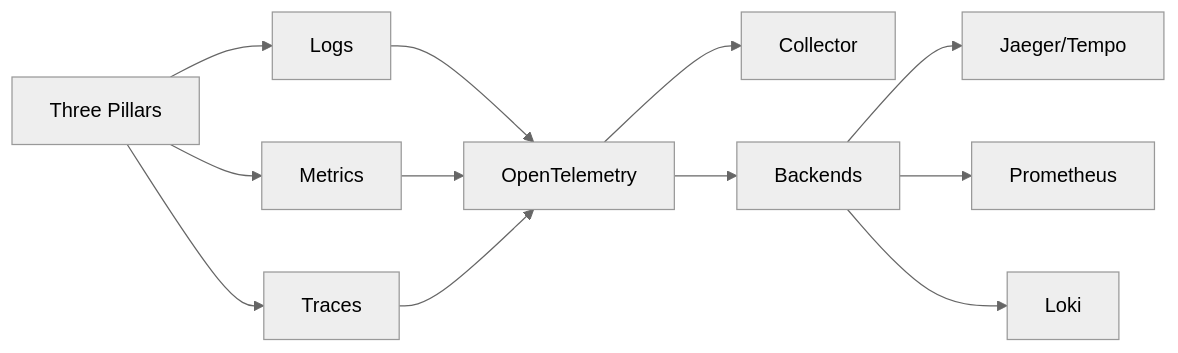
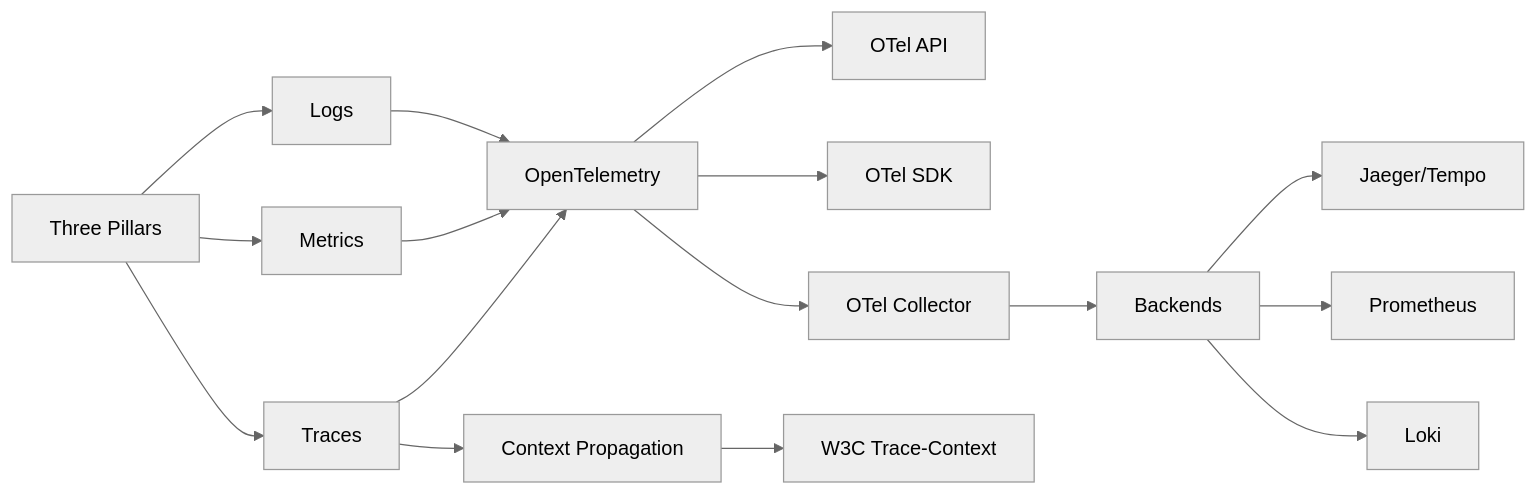
One commit to Raushan666java/ai-engineering-journey changed the diagram in docs/courses/devops/13-observability.md. Above: the diagram before and after it, drawn with Mermaid (neutral theme). The commit also changed other lines of this file and 62 other files, not shown here.

````diff
--- a/docs/courses/devops/13-observability.md
+++ b/docs/courses/devops/13-observability.md
@@ -32,12 +31,16 @@
 ```mermaid
 flowchart LR
     A[Three Pillars] --> B[Logs]
     A --> C[Metrics]
     A --> D[Traces]
     B & C & D --> E[OpenTelemetry]
-    E --> F[Collector]
-    E --> G[Backends]
-    G --> H[Jaeger/Tempo]
-    G --> I[Prometheus]
-    G --> J[Loki]
+    E --> F[OTel API]
+    E --> G[OTel SDK]
+    E --> H[OTel Collector]
+    H --> I[Backends]
+    I --> J[Jaeger/Tempo]
+    I --> K[Prometheus]
+    I --> L[Loki]
+    D --> M[Context Propagation]
+    M --> N[W3C Trace-Context]
 ```
````
